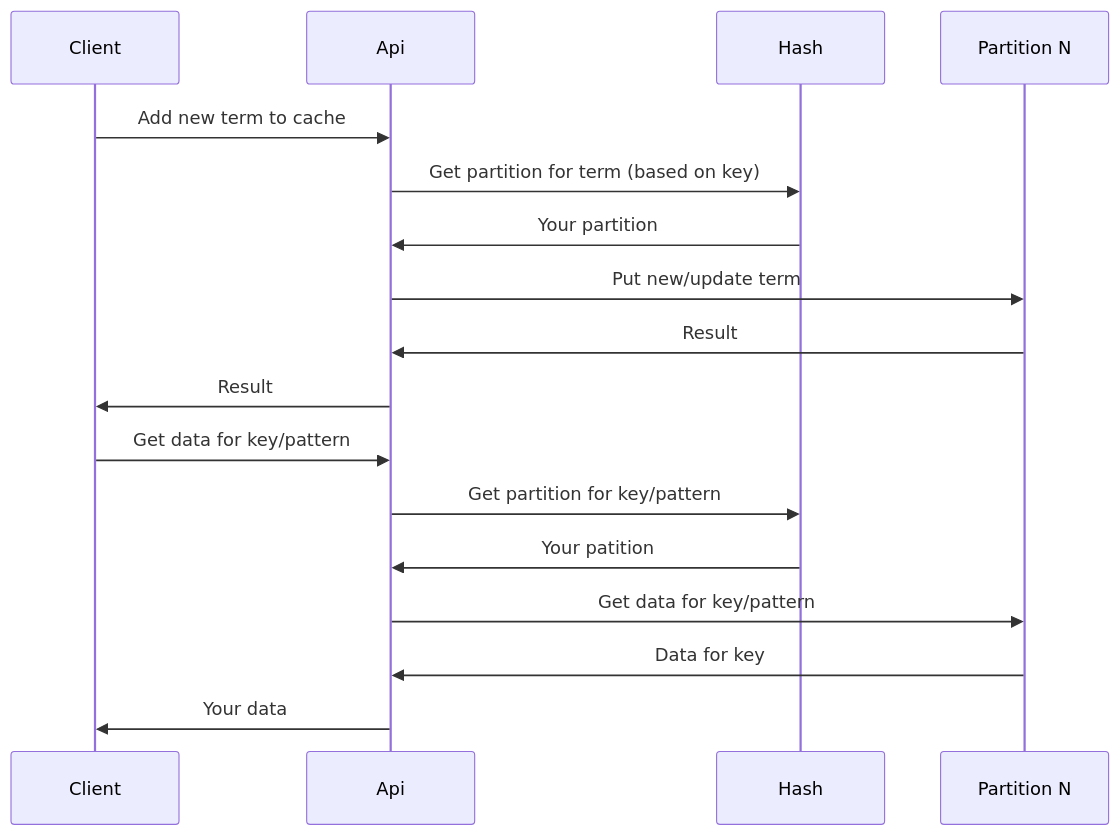
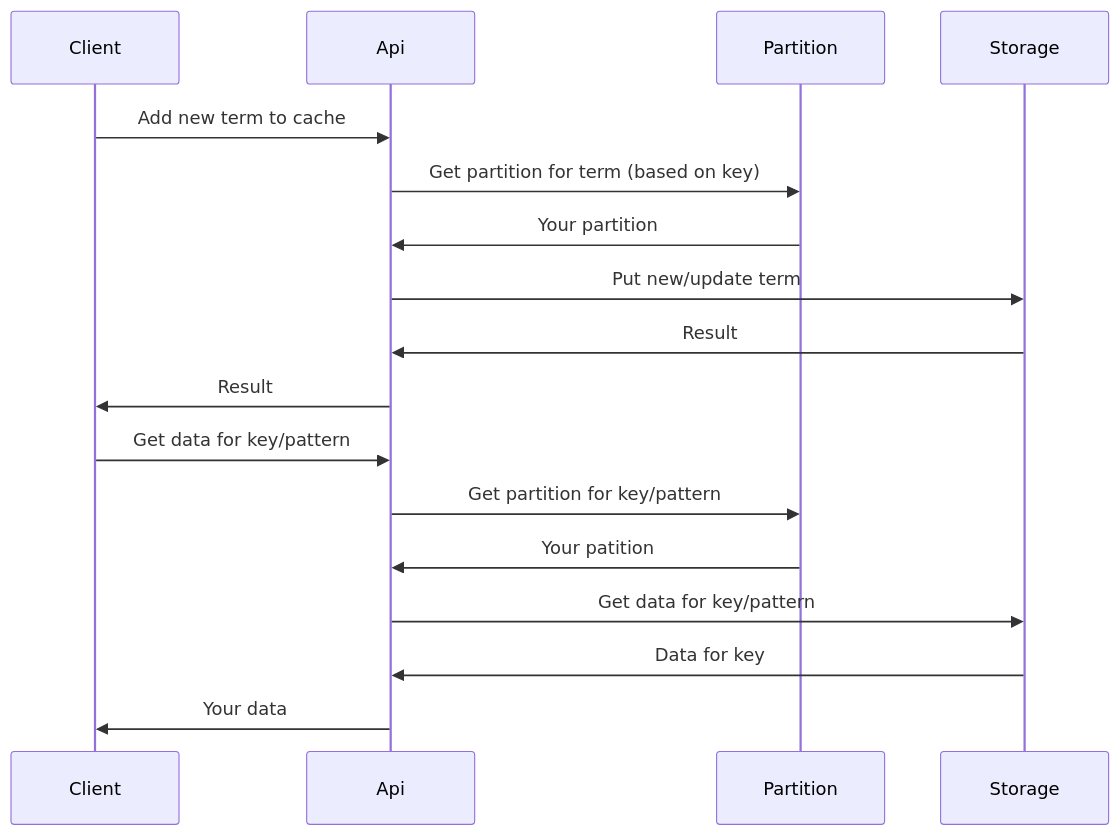
The first of 2 diagrams in README.md (ohhi-vn/super_cache), drawn with Mermaid before and after one commit. The commit also changed other lines of this file and 5 other files, not shown here.

````diff
--- a/README.md
+++ b/README.md
@@ -11,21 +11,21 @@
 ```mermaid
 sequenceDiagram
   participant Client
   participant Api
-  participant Hash
-  participant Partition N
+  participant Partition
+  participant Storage
 
   Client->>Api: Add new term to cache
-  Api->>Hash: Get partition for term (based on key)
-  Hash->>Api: Your partition
-  Api->>Partition N: Put new/update term
-  Partition N->>Api: Result
+  Api->>Partition: Get partition for term (based on key)
+  Partition->>Api: Your partition
+  Api->>Storage: Put new/update term
+  Storage->>Api: Result
   Api->>Client: Result
   
   Client->>Api: Get data for key/pattern
-  Api->>Hash: Get partition for key/pattern
-  Hash->>Api: Your patition
-  Api->>Partition N: Get data for key/pattern
-  Partition N->>Api: Data for key
+  Api->>Partition: Get partition for key/pattern
+  Partition->>Api: Your patition
+  Api->>Storage: Get data for key/pattern
+  Storage->>Api: Data for key
   Api->>Client: Your data
 ```
````
